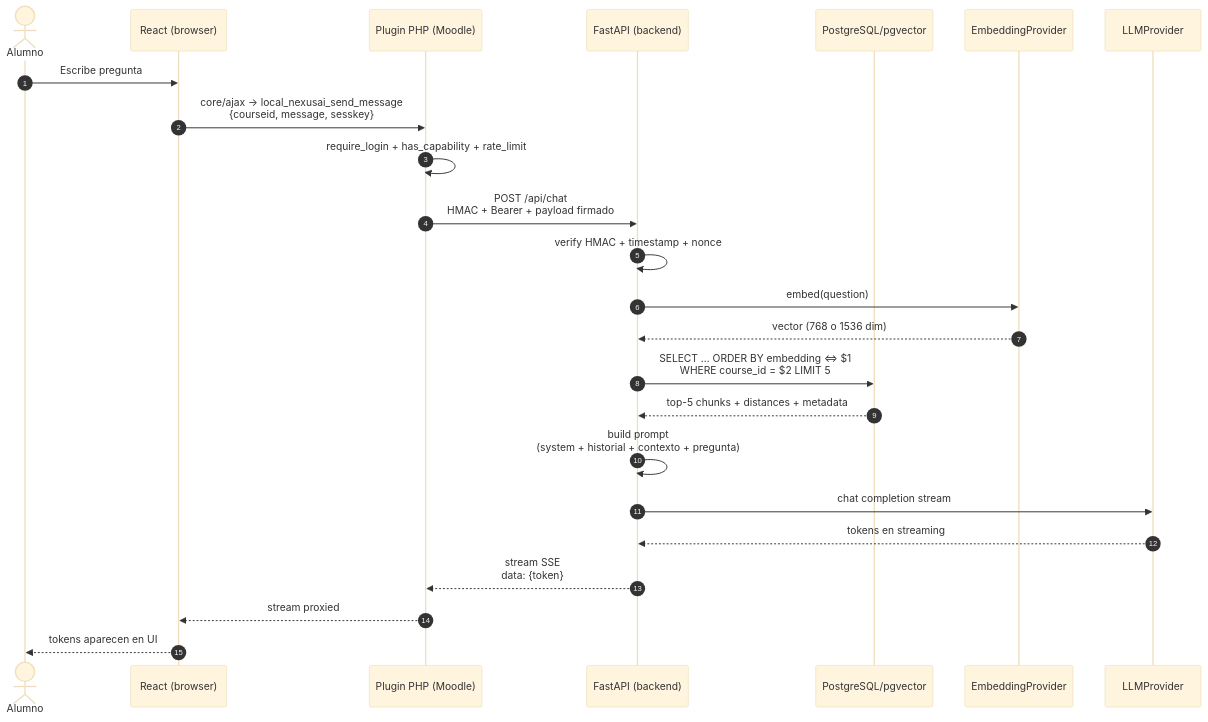
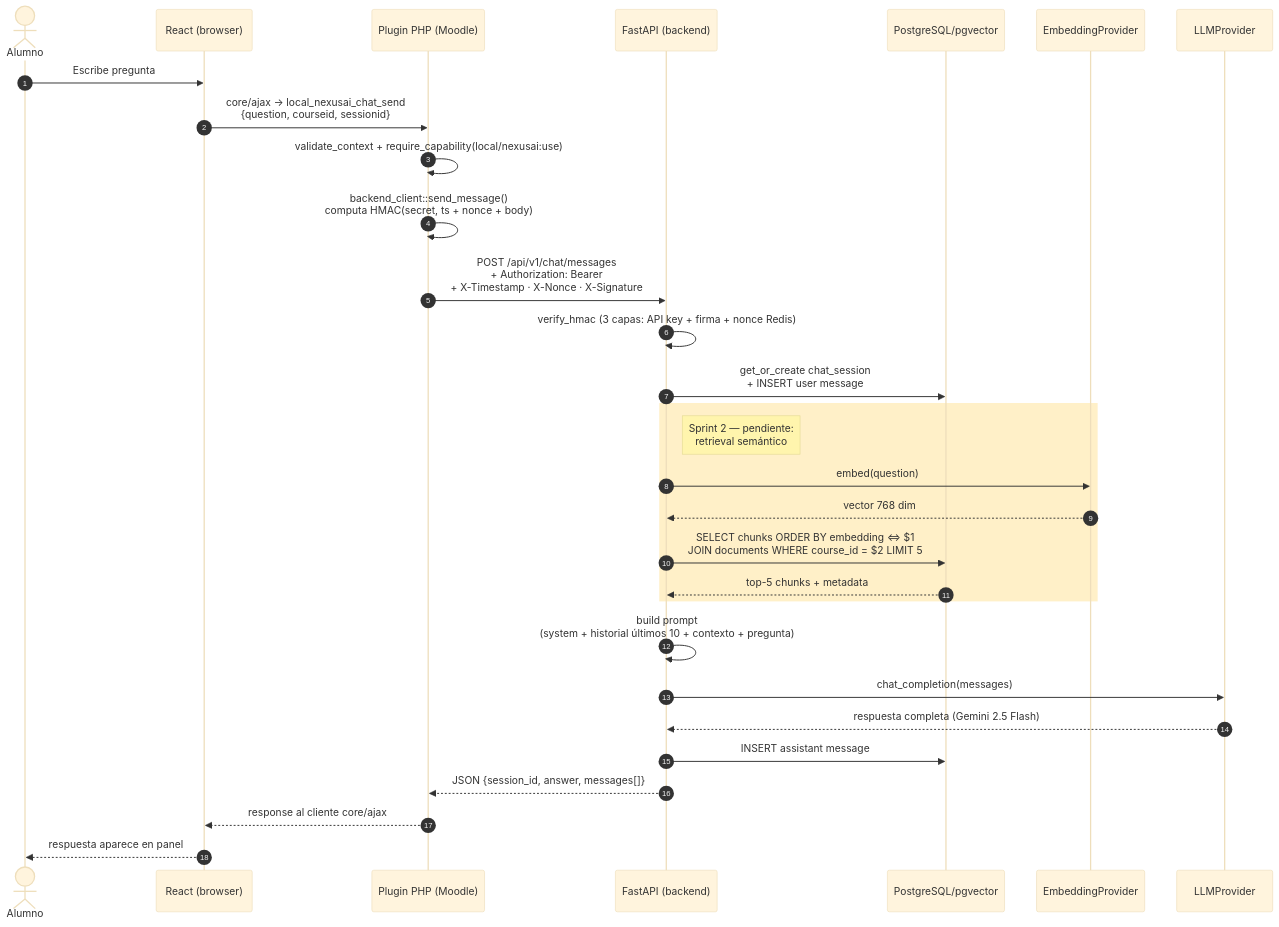
One commit to nexusai-ucc/nexusAI changed the second of 6 diagrams in NexusAI/docs/architecture.md. Above: the diagram before and after it, drawn with Mermaid (base theme). The commit also changed other lines of this file and 4 other files, not shown here.

First line of the commit message:
feat: Update README.md for local_nexusai plugin and add backend API documentation

````diff
--- a/NexusAI/docs/architecture.md
+++ b/NexusAI/docs/architecture.md
@@ -87,27 +94,33 @@
 ```mermaid
 sequenceDiagram
     autonumber
     actor A as Alumno
     participant R as React (browser)
     participant P as Plugin PHP (Moodle)
     participant F as FastAPI (backend)
     participant PG as PostgreSQL/pgvector
     participant E as EmbeddingProvider
     participant L as LLMProvider
 
     A->>R: Escribe pregunta
-    R->>P: core/ajax → local_nexusai_send_message<br/>{courseid, message, sesskey}
-    P->>P: require_login + has_capability + rate_limit
-    P->>F: POST /api/chat<br/>HMAC + Bearer + payload firmado
-    F->>F: verify HMAC + timestamp + nonce
+    R->>P: core/ajax → local_nexusai_chat_send<br/>{question, courseid, sessionid}
+    P->>P: validate_context + require_capability(local/nexusai:use)
+    P->>P: backend_client::send_message()<br/>computa HMAC(secret, ts + nonce + body)
+    P->>F: POST /api/v1/chat/messages<br/>+ Authorization: Bearer<br/>+ X-Timestamp · X-Nonce · X-Signature
+    F->>F: verify_hmac (3 capas: API key + firma + nonce Redis)
+    F->>PG: get_or_create chat_session<br/>+ INSERT user message
+    rect rgb(255, 240, 200)
+    Note right of F: Sprint 2 — pendiente:<br/>retrieval semántico
     F->>E: embed(question)
-    E-->>F: vector (768 o 1536 dim)
-    F->>PG: SELECT ... ORDER BY embedding <=> $1<br/>WHERE course_id = $2 LIMIT 5
-    PG-->>F: top-5 chunks + distances + metadata
-    F->>F: build prompt<br/>(system + historial + contexto + pregunta)
-    F->>L: chat completion stream
-    L-->>F: tokens en streaming
-    F-->>P: stream SSE<br/>data: {token}
-    P-->>R: stream proxied
-    R-->>A: tokens aparecen en UI
+    E-->>F: vector 768 dim
+    F->>PG: SELECT chunks ORDER BY embedding <=> $1<br/>JOIN documents WHERE course_id = $2 LIMIT 5
+    PG-->>F: top-5 chunks + metadata
+    end
+    F->>F: build prompt<br/>(system + historial últimos 10 + contexto + pregunta)
+    F->>L: chat_completion(messages)
+    L-->>F: respuesta completa (Gemini 2.5 Flash)
+    F->>PG: INSERT assistant message
+    F-->>P: JSON {session_id, answer, messages[]}
+    P-->>R: response al cliente core/ajax
+    R-->>A: respuesta aparece en panel
 ```
````
